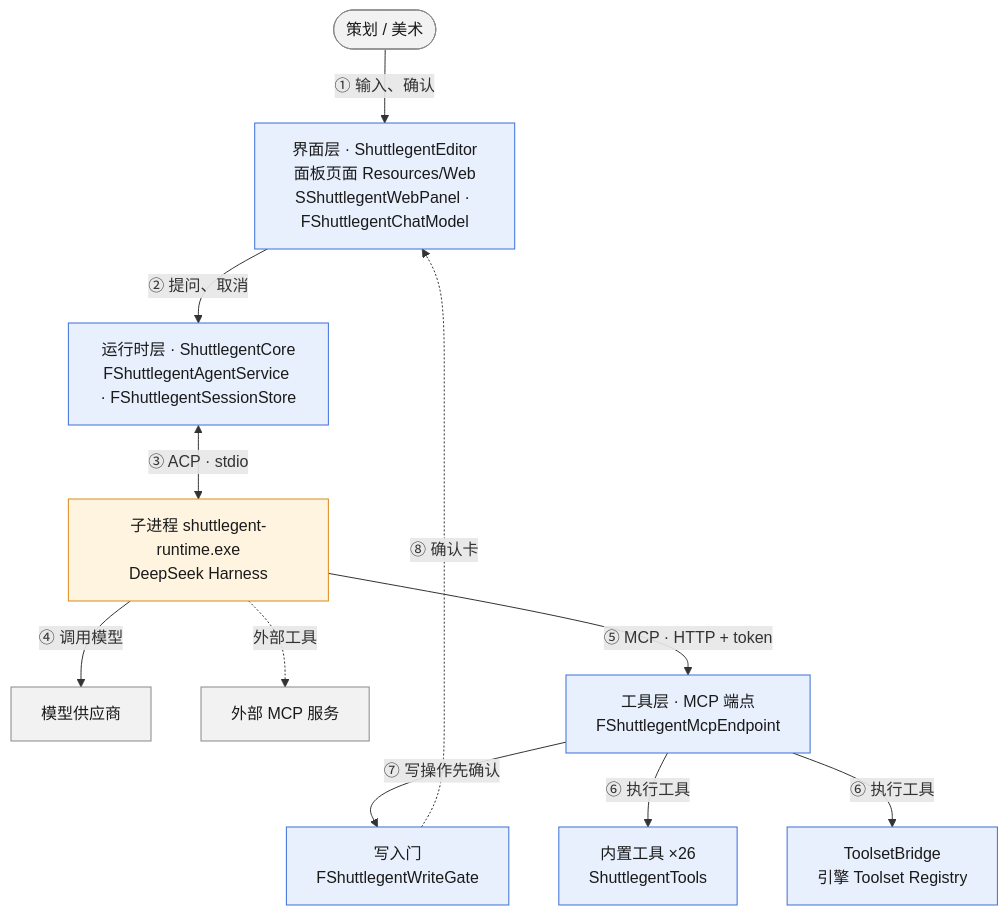
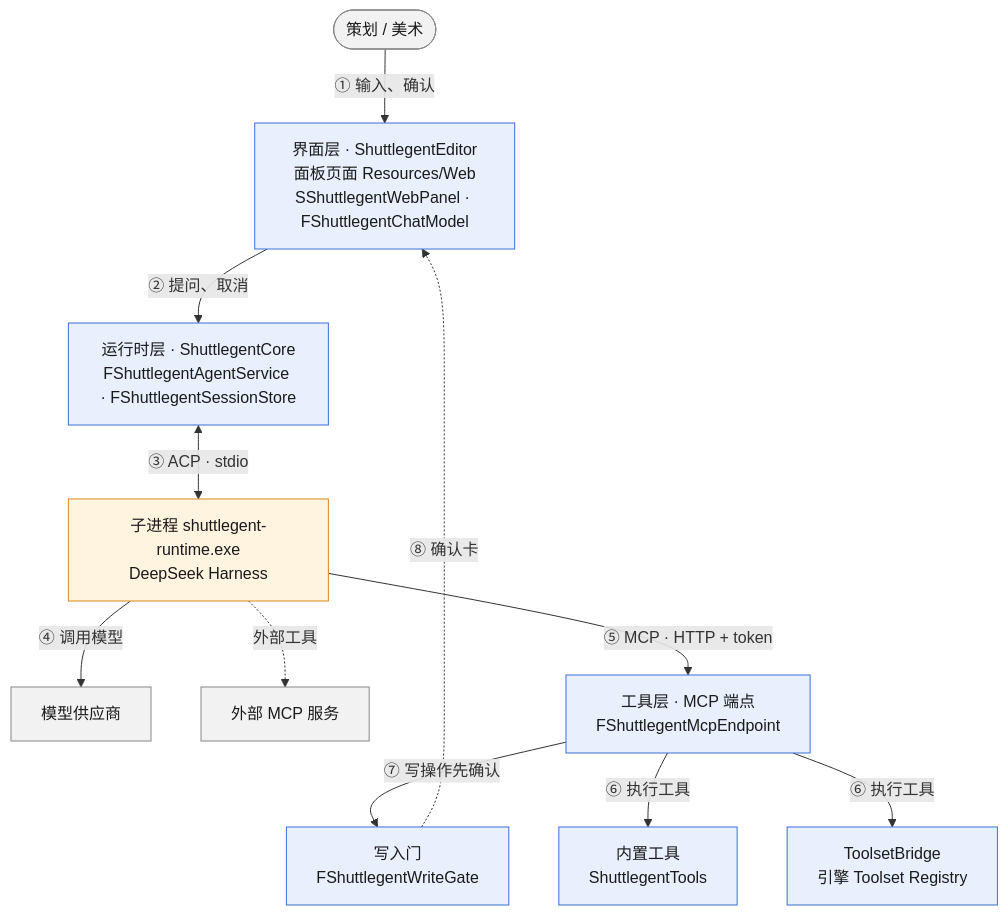
The first of 4 diagrams in Docs/Architecture.md (Jiajiaju/Shuttlegent), drawn with Mermaid before and after one commit. The commit also changed other lines of this file and 6 other files, not shown here.

````diff
--- a/Docs/Architecture.md
+++ b/Docs/Architecture.md
@@ -17,31 +17,31 @@
 ```mermaid
 flowchart TB
     User(["策划 / 美术"])
     UI["界面层 · ShuttlegentEditor<br/>面板页面 Resources/Web<br/>SShuttlegentWebPanel · FShuttlegentChatModel"]
     Core["运行时层 · ShuttlegentCore<br/>FShuttlegentAgentService · FShuttlegentSessionStore"]
     Dsh["子进程 shuttlegent-runtime.exe<br/>DeepSeek Harness"]
     LLM["模型供应商"]
     Ext["外部 MCP 服务"]
     Endpoint["工具层 · MCP 端点<br/>FShuttlegentMcpEndpoint"]
     Gate["写入门<br/>FShuttlegentWriteGate"]
-    Builtin["内置工具 ×26<br/>ShuttlegentTools"]
+    Builtin["内置工具<br/>ShuttlegentTools"]
     Bridge["ToolsetBridge<br/>引擎 Toolset Registry"]
 
     User -- "① 输入、确认" --> UI
     UI -- "② 提问、取消" --> Core
     Core <-- "③ ACP · stdio" --> Dsh
     Dsh -- "④ 调用模型" --> LLM
     Dsh -. "外部工具" .-> Ext
     Dsh -- "⑤ MCP · HTTP + token" --> Endpoint
     Endpoint -- "⑦ 写操作先确认" --> Gate
     Endpoint -- "⑥ 执行工具" --> Builtin
     Endpoint -- "⑥ 执行工具" --> Bridge
     Gate -. "⑧ 确认卡" .-> UI
 
     classDef editor fill:#e8f0fe,stroke:#3b6fd8,color:#1a1a1a
     classDef runtime fill:#fff4e0,stroke:#d98a1a,color:#1a1a1a
     classDef external fill:#f2f2f2,stroke:#888,color:#1a1a1a
     class UI,Core,Endpoint,Gate,Builtin,Bridge editor
     class Dsh runtime
     class LLM,Ext,User external
 ```
````
